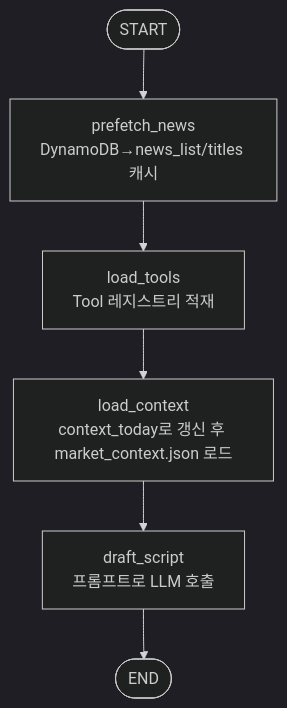
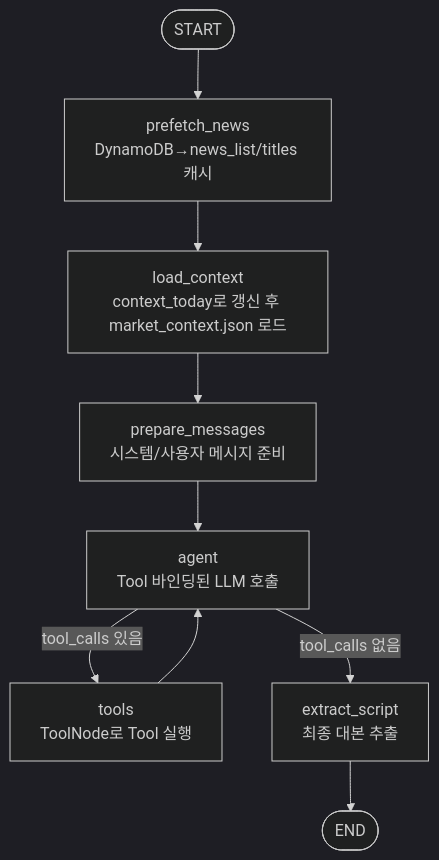
Before and after one commit to junseok0913/25fw-kubig-mas: the first of 2 diagrams in OpeningAgent/ARCHITECTURE.md, drawn with Mermaid (dark theme). The commit also changed other lines of this file and 5 other files, not shown here.

````diff
--- a/OpeningAgent/ARCHITECTURE.md
+++ b/OpeningAgent/ARCHITECTURE.md
@@ -7,11 +7,16 @@
 ```mermaid
 flowchart TD
     START([START])
     PF[prefetch_news<br/>DynamoDB→news_list/titles 캐시]
-    LT[load_tools<br/>Tool 레지스트리 적재]
     LC[load_context<br/>context_today로 갱신 후 market_context.json 로드]
-    DS[draft_script<br/>프롬프트로 LLM 호출]
+    PM[prepare_messages<br/>시스템/사용자 메시지 준비]
+    AG[agent<br/>Tool 바인딩된 LLM 호출]
+    TL[tools<br/>ToolNode로 Tool 실행]
+    EX[extract_script<br/>최종 대본 추출]
     END([END])
 
-    START --> PF --> LT --> LC --> DS --> END
+    START --> PF --> LC --> PM --> AG
+    AG -->|tool_calls 있음| TL
+    TL --> AG
+    AG -->|tool_calls 없음| EX --> END
 ```
````
